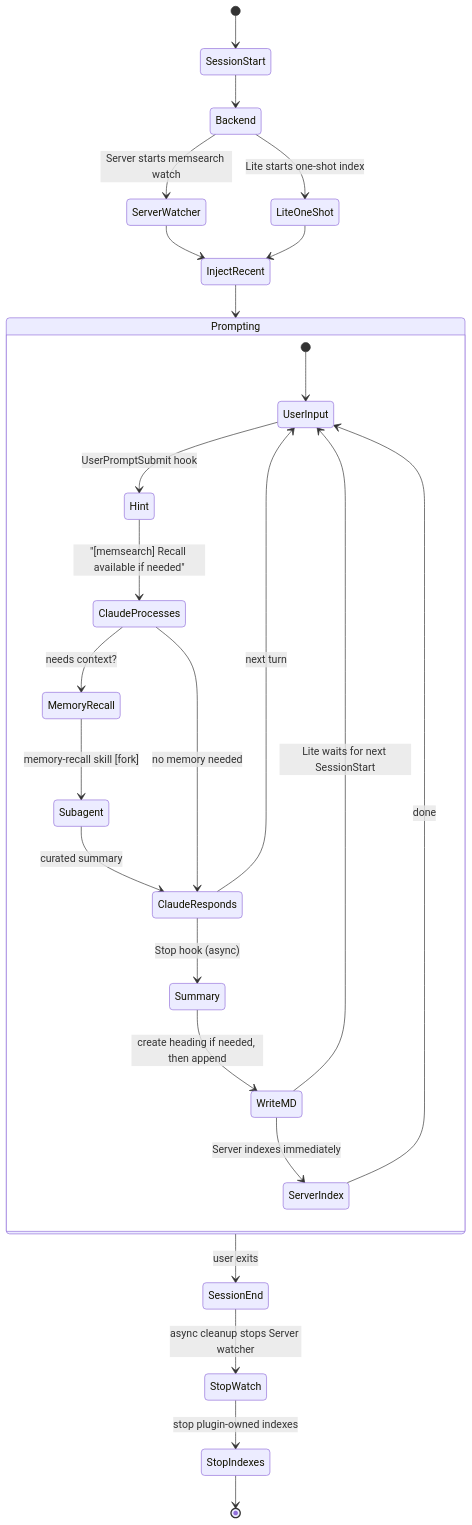
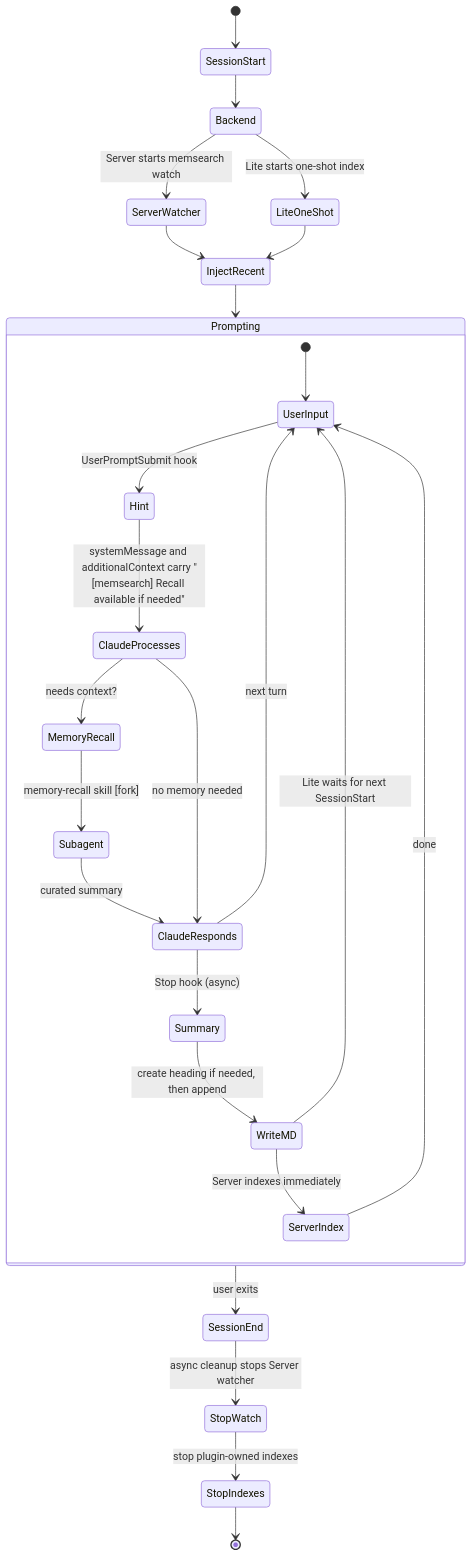
One commit to zilliztech/memsearch changed the second of 3 diagrams in docs/platforms/claude-code/how-it-works.md. Above: the diagram before and after it, drawn with Mermaid. The commit also changed other lines of this file and 2 other files, not shown here.

First line of the commit message:
docs(claude-code): document both fields of the recall hint

````diff
--- a/docs/platforms/claude-code/how-it-works.md
+++ b/docs/platforms/claude-code/how-it-works.md
@@ -57,32 +57,32 @@
 ```mermaid
 stateDiagram-v2
     [*] --> SessionStart
     SessionStart --> Backend
     Backend --> ServerWatcher: Server starts memsearch watch
     Backend --> LiteOneShot: Lite starts one-shot index
     ServerWatcher --> InjectRecent
     LiteOneShot --> InjectRecent
 
     InjectRecent --> Prompting
 
     state Prompting {
         [*] --> UserInput
         UserInput --> Hint: UserPromptSubmit hook
-        Hint --> ClaudeProcesses: "[memsearch] Recall available if needed"
+        Hint --> ClaudeProcesses: systemMessage and additionalContext carry "[memsearch] Recall available if needed"
         ClaudeProcesses --> MemoryRecall: needs context?
         MemoryRecall --> Subagent: memory-recall skill [fork]
         Subagent --> ClaudeResponds: curated summary
         ClaudeProcesses --> ClaudeResponds: no memory needed
         ClaudeResponds --> UserInput: next turn
         ClaudeResponds --> Summary: Stop hook (async)
         Summary --> WriteMD: create heading if needed, then append
         WriteMD --> ServerIndex: Server indexes immediately
         ServerIndex --> UserInput: done
         WriteMD --> UserInput: Lite waits for next SessionStart
     }
 
     Prompting --> SessionEnd: user exits
     SessionEnd --> StopWatch: async cleanup stops Server watcher
     StopWatch --> StopIndexes: stop plugin-owned indexes
     StopIndexes --> [*]
 ```
````
